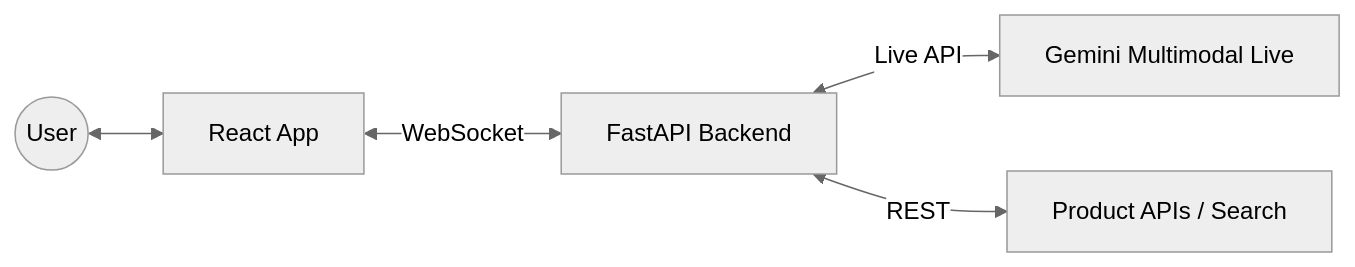
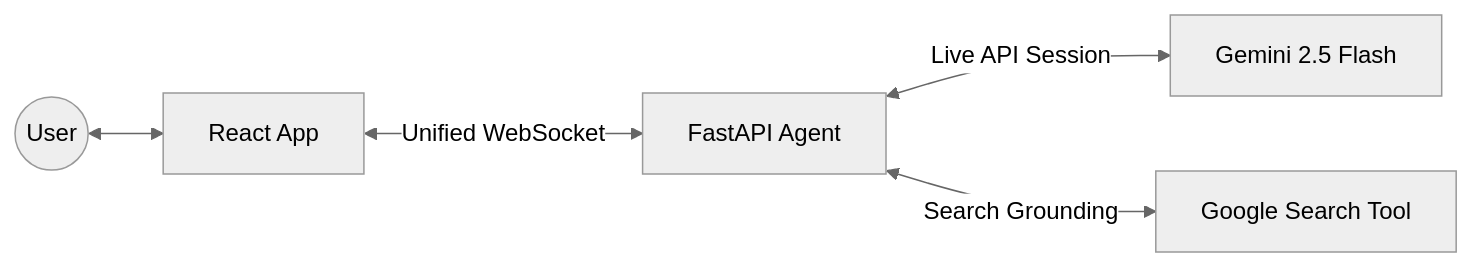
Before and after one commit to sidharthsehgal/EatWell: the diagram in README.md, drawn with Mermaid (neutral theme).

Commit message:
Docs: Update summarized architecture in README to match final implementation

````diff
--- a/README.md
+++ b/README.md
@@ -46,7 +46,7 @@
 ```mermaid
 graph LR
     User((User)) <--> UI[React App]
-    UI <-->|WebSocket| API[FastAPI Backend]
-    API <-->|Live API| Gemini[Gemini Multimodal Live]
-    API <-->|REST| OFF[Product APIs / Search]
+    UI <-->|Unified WebSocket| Backend[FastAPI Agent]
+    Backend <-->|Live API Session| Gemini[Gemini 2.5 Flash]
+    Backend <-->|Search Grounding| Google[Google Search Tool]
 ```
````
